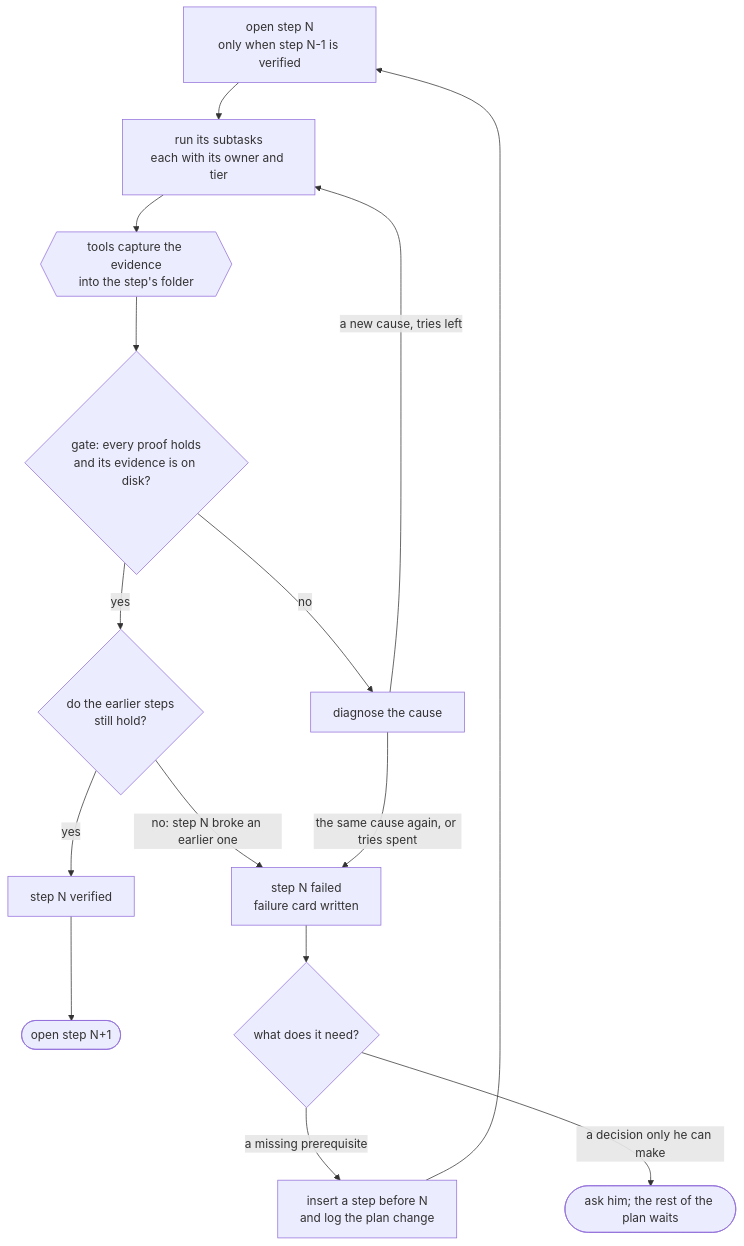
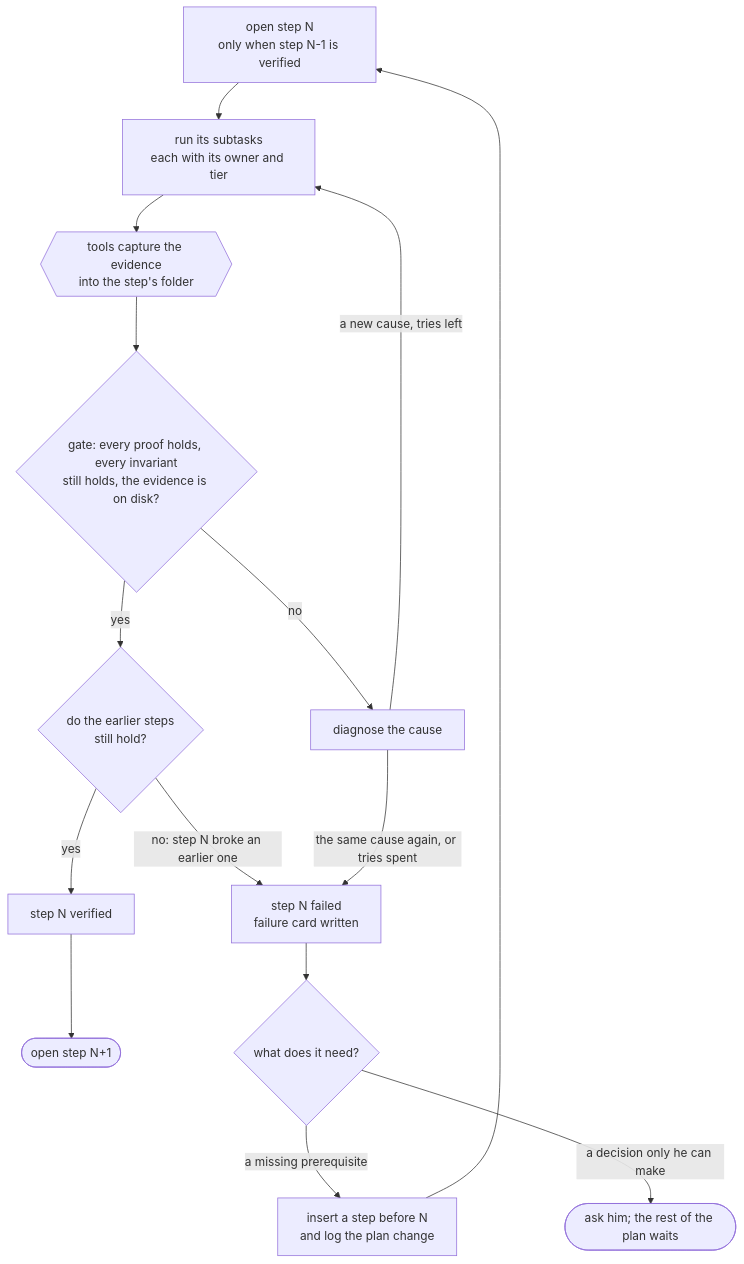
The second of 3 diagrams in .grimorio/design/task-flow/quasi-software-view.md (Wilman2612/grimorio-agents), drawn with Mermaid before and after one commit. The commit also changed other lines of this file and 4 other files, not shown here.

First line of the commit message:
docs(task-flow): gates that survive an evil genie, and invariants

````diff
--- a/.grimorio/design/task-flow/quasi-software-view.md
+++ b/.grimorio/design/task-flow/quasi-software-view.md
@@ -146,17 +151,17 @@
 ```mermaid
 flowchart TB
     O["open step N<br/>only when step N-1 is verified"] --> RUN["run its subtasks<br/>each with its owner and tier"]
     RUN --> CAP{{"tools capture the evidence<br/>into the step's folder"}}
-    CAP --> G{"gate: every proof holds<br/>and its evidence is on disk?"}
+    CAP --> G{"gate: every proof holds, every invariant<br/>still holds, the evidence is on disk?"}
     G -->|"yes"| BACK{"do the earlier steps<br/>still hold?"}
     BACK -->|"yes"| V["step N verified"]
     V --> NEXT(["open step N+1"])
     BACK -->|"no: step N broke an earlier one"| F
     G -->|"no"| D["diagnose the cause"]
     D -->|"a new cause, tries left"| RUN
     D -->|"the same cause again, or tries spent"| F["step N failed<br/>failure card written"]
     F --> W{"what does it need?"}
     W -->|"a missing prerequisite"| INS["insert a step before N<br/>and log the plan change"]
     INS --> O
     W -->|"a decision only he can make"| ASK(["ask him; the rest of the plan waits"])
 ```
````
